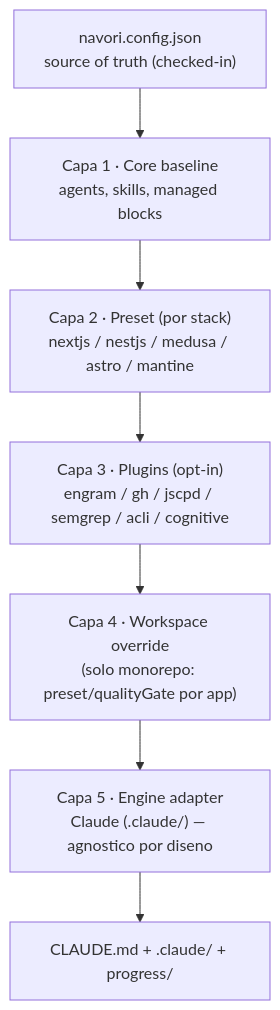
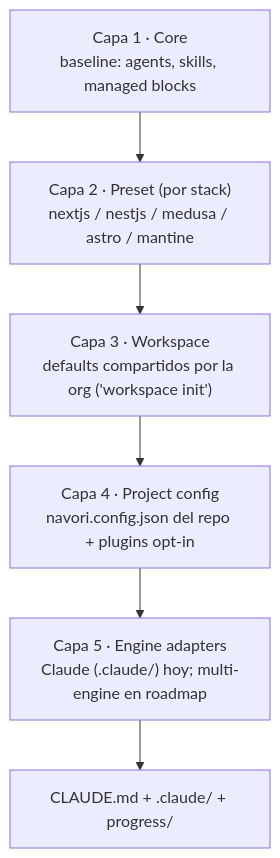
Before and after one commit to UlisesCm/navori-harness: the first of 3 diagrams in docs/architecture.md, drawn with Mermaid. The commit also changed other lines of this file and 1 other file, not shown here.

Commit message:
docs: alinear modelo de capas a la definición canónica
architecture.md se había desviado (metía 'Plugins' como capa y cambiaba el
sentido de 'Workspace'). Ahora usa la cascada canónica del proyecto —
Core → Preset → Workspace → Project config → Engine adapters — coherente
con CLAUDE.md y la landing. Los plugins quedan explícitos como addons
opt-in dentro de Project config (no una capa aparte); el monorepo override
también. Landing how.layer4 menciona los plugins para cerrar el círculo.

````diff
--- a/docs/architecture.md
+++ b/docs/architecture.md
@@ -14,19 +19,17 @@
 ```mermaid
 flowchart TD
-    CFG["navori.config.json<br/>source of truth (checked-in)"]
-    CORE["Capa 1 · Core baseline<br/>agents, skills, managed blocks"]
+    CORE["Capa 1 · Core<br/>baseline: agents, skills, managed blocks"]
     PRESET["Capa 2 · Preset (por stack)<br/>nextjs / nestjs / medusa / astro / mantine"]
-    PLUGINS["Capa 3 · Plugins (opt-in)<br/>engram / gh / jscpd / semgrep / acli / cognitive"]
-    WS["Capa 4 · Workspace override<br/>(solo monorepo: preset/qualityGate por app)"]
-    ENGINE["Capa 5 · Engine adapter<br/>Claude (.claude/) — agnostico por diseno"]
+    WS["Capa 3 · Workspace<br/>defaults compartidos por la org ('workspace init')"]
+    PROJ["Capa 4 · Project config<br/>navori.config.json del repo + plugins opt-in"]
+    ENGINE["Capa 5 · Engine adapters<br/>Claude (.claude/) hoy; multi-engine en roadmap"]
     OUT["CLAUDE.md + .claude/ + progress/"]
 
-    CFG --> CORE --> PRESET --> PLUGINS --> WS --> ENGINE --> OUT
+    CORE --> PRESET --> WS --> PROJ --> ENGINE --> OUT
 
-    click CFG "../packages/cli/src/lib/schema.ts" "Config schema (Zod)"
     click CORE "../packages/core/core-assets" "Core assets"
     click PRESET "../packages/core/core-assets/presets" "Presets"
-    click PLUGINS "../packages/plugins" "Plugins"
-    click WS "../packages/cli/src/lib/monorepo.ts" "Monorepo / workspace"
+    click WS "../packages/cli/src/lib/workspace.ts" "Workspace defaults"
+    click PROJ "../packages/cli/src/lib/schema.ts" "Config schema (Zod)"
     click ENGINE "../packages/cli/src/engines/claude/index.ts" "Claude engine"
 ```
````
